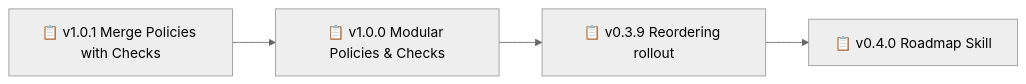
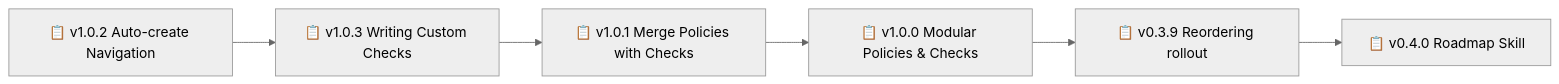
One commit to nonlinear/backstage changed the diagram in backstage/ROADMAP.md. Above: the diagram before and after it, drawn with Mermaid (neutral theme). The commit also changed other lines of this file, not shown here.

Commit message:
Add v1.0.2 epic: Auto-create Navigation Blocks

````diff
--- a/backstage/ROADMAP.md
+++ b/backstage/ROADMAP.md
@@ -24,10 +24,14 @@
 ```mermaid
 graph LR
-    A[📋 v1.0.1 Merge Policies with Checks]
-    B[📋 v1.0.0 Modular Policies & Checks]
+    A[📋 v1.0.2 Auto-create Navigation]
+    B[📋 v1.0.3 Writing Custom Checks]
     A --> B
-    C[📋 v0.3.9 Reordering rollout]
+    C[📋 v1.0.1 Merge Policies with Checks]
     B --> C
-    D[📋 v0.4.0 Roadmap Skill]
+    D[📋 v1.0.0 Modular Policies & Checks]
     C --> D
+    E[📋 v0.3.9 Reordering rollout]
+    D --> E
+    F[📋 v0.4.0 Roadmap Skill]
+    E --> F
 ```
````
